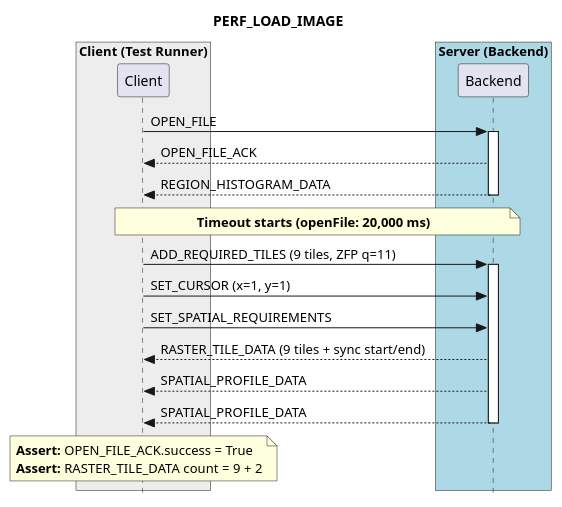
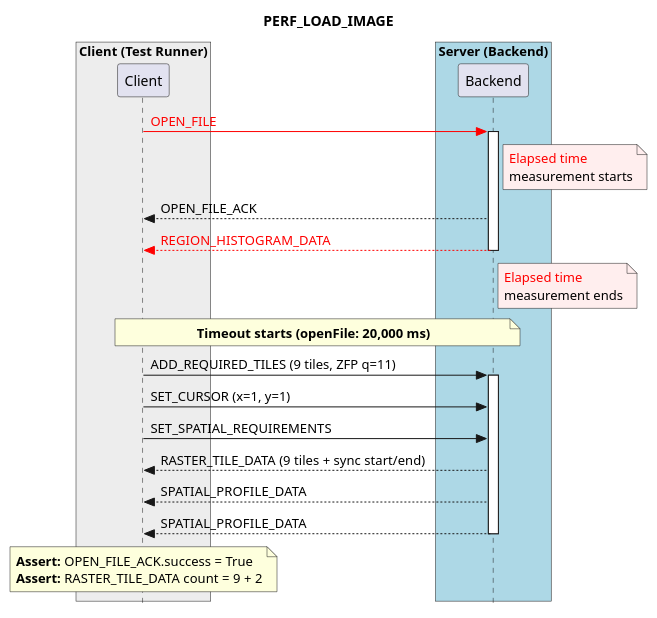
One commit to CARTAvis/ICD-RxJS changed the second of 9 diagrams in docs/source/performance.rst. Above: the diagram before and after it, drawn with PlantUML. The commit also changed other lines of this file, not shown here.

Commit message:
Add elapsed time measurement markers to PERF_LOAD_IMAGE and PERF_CUBE_HISTOGRAM diagrams

```diff
--- a/docs/source/performance.rst
+++ b/docs/source/performance.rst
@@ -113,37 +114,48 @@
 .. uml::
 
     skinparam style strictuml
     hide footbox
     title PERF_LOAD_IMAGE
 
     box "Client (Test Runner)" #EDEDED
         participant Client
     end box
 
     box "Server (Backend)" #lightblue
         participant Backend
     end box
 
-    Client -> Backend : OPEN_FILE
+    Client -[#red]> Backend : <font color="red">OPEN_FILE</font>
     activate Backend
+
+    note right of Backend #FFEEEE
+        <font color="red">Elapsed time
+        measurement starts
+    end note
+
     Client <-- Backend : OPEN_FILE_ACK
-    Client <-- Backend : REGION_HISTOGRAM_DATA
+    Client <--[#red] Backend : <font color="red">REGION_HISTOGRAM_DATA</font>
     deactivate Backend
+
+    note right of Backend #FFEEEE
+        <font color="red">Elapsed time
+        measurement ends
+    end note
 
     note over Client, Backend
         **Timeout starts (openFile: 20,000 ms)**
     end note
 
     Client -> Backend : ADD_REQUIRED_TILES (9 tiles, ZFP q=11)
     activate Backend
     Client -> Backend : SET_CURSOR (x=1, y=1)
     Client -> Backend : SET_SPATIAL_REQUIREMENTS
     Client <-- Backend : RASTER_TILE_DATA (9 tiles + sync start/end)
     Client <-- Backend : SPATIAL_PROFILE_DATA
     Client <-- Backend : SPATIAL_PROFILE_DATA
     deactivate Backend
 
     note over Client
         **Assert:** OPEN_FILE_ACK.success = True
         **Assert:** RASTER_TILE_DATA count = 9 + 2
     end note
```
